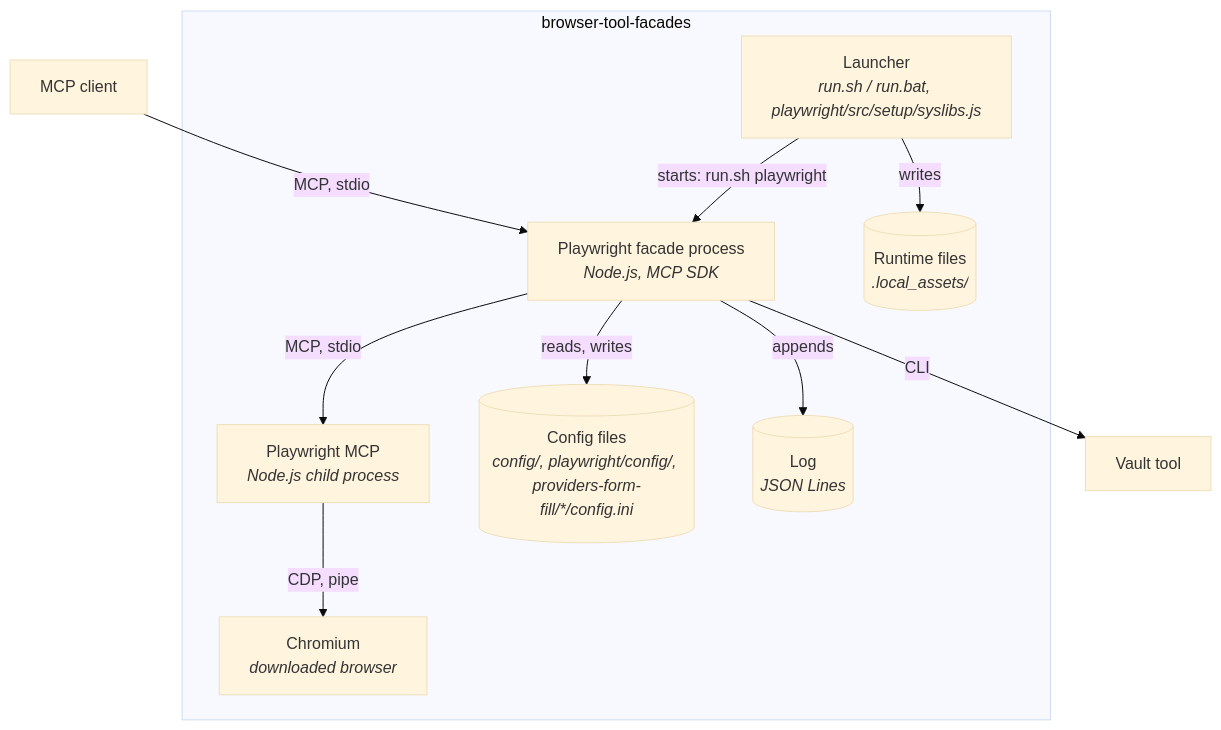
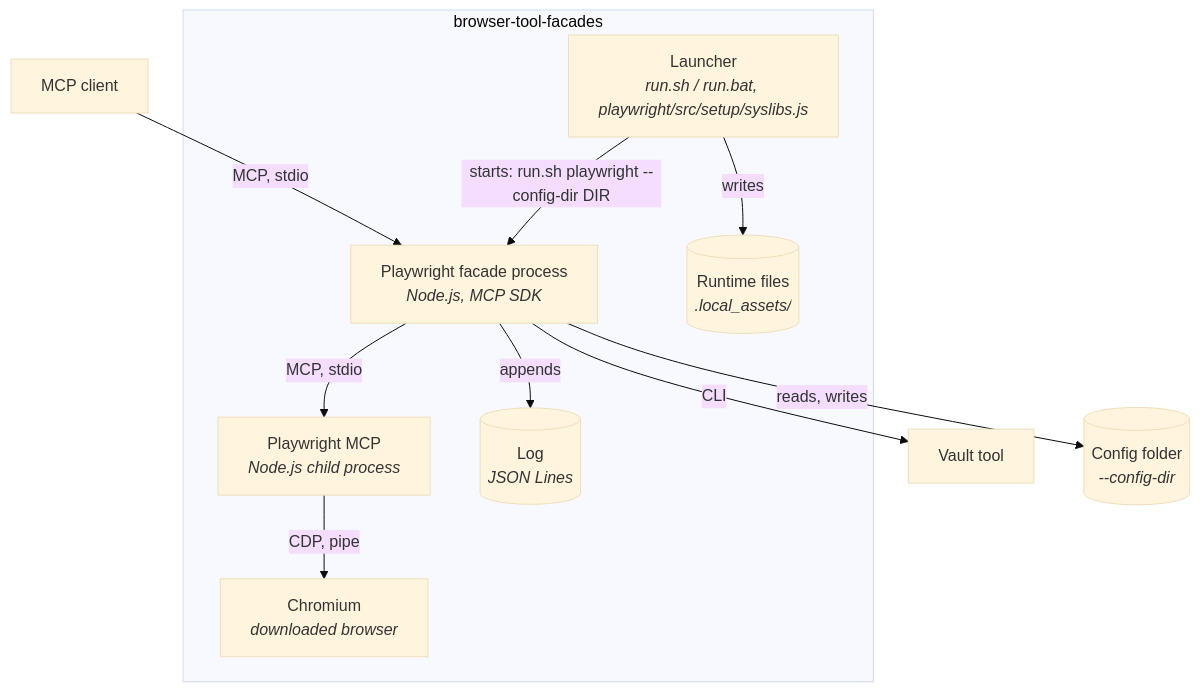
Before and after one commit to npstash/shared: the second of 6 diagrams in tools/browser-tool-facades/sdd/DESIGN.md, drawn with Mermaid (base theme). The commit also changed other lines of this file and 57 other files, not shown here.

Commit message:
Vault without listing: entries by exact name, edit files, separate admin key; facade config folder; lookup in parent repositories

````diff
--- a/tools/browser-tool-facades/sdd/DESIGN.md
+++ b/tools/browser-tool-facades/sdd/DESIGN.md
@@ -54,13 +56,13 @@
 ```mermaid
 flowchart TD
     C[MCP client] -->|MCP, stdio| F
     subgraph S[browser-tool-facades]
-        L[Launcher<br/><i>run.sh / run.bat, playwright/src/setup/syslibs.js</i>] -->|starts: run.sh playwright| F[Playwright facade process<br/><i>Node.js, MCP SDK</i>]
+        L[Launcher<br/><i>run.sh / run.bat, playwright/src/setup/syslibs.js</i>] -->|starts: run.sh playwright --config-dir DIR| F[Playwright facade process<br/><i>Node.js, MCP SDK</i>]
         F -->|MCP, stdio| M[Playwright MCP<br/><i>Node.js child process</i>]
         M -->|CDP, pipe| B[Chromium<br/><i>downloaded browser</i>]
-        F -->|reads, writes| K[(Config files<br/><i>config/, playwright/config/, providers-form-fill/*/config.ini</i>)]
         F -->|appends| G[(Log<br/><i>JSON Lines</i>)]
         L -->|writes| R[(Runtime files<br/><i>.local_assets/</i>)]
     end
     F -->|CLI| V[Vault tool]
+    F -->|reads, writes| K[(Config folder<br/><i>--config-dir</i>)]
 ```
````
